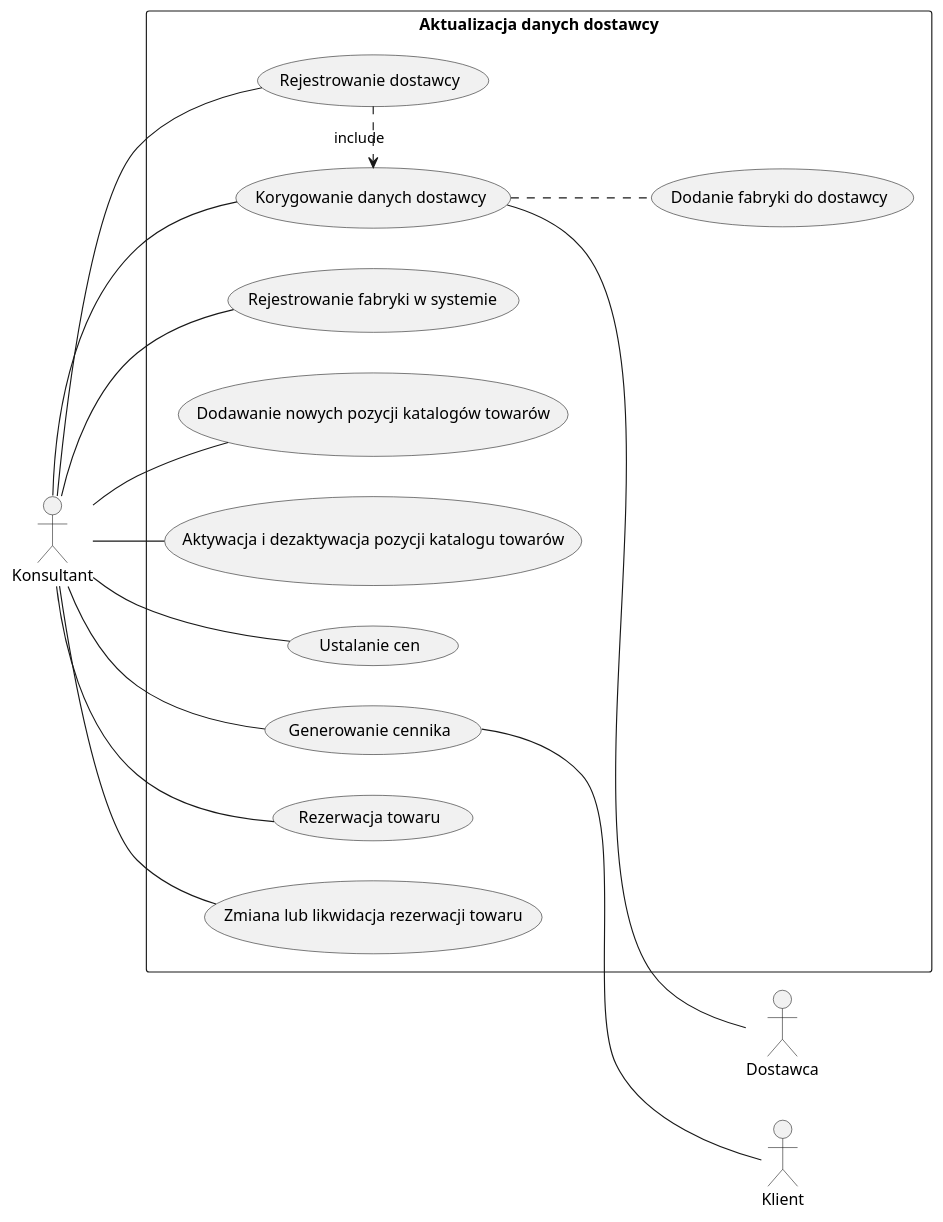
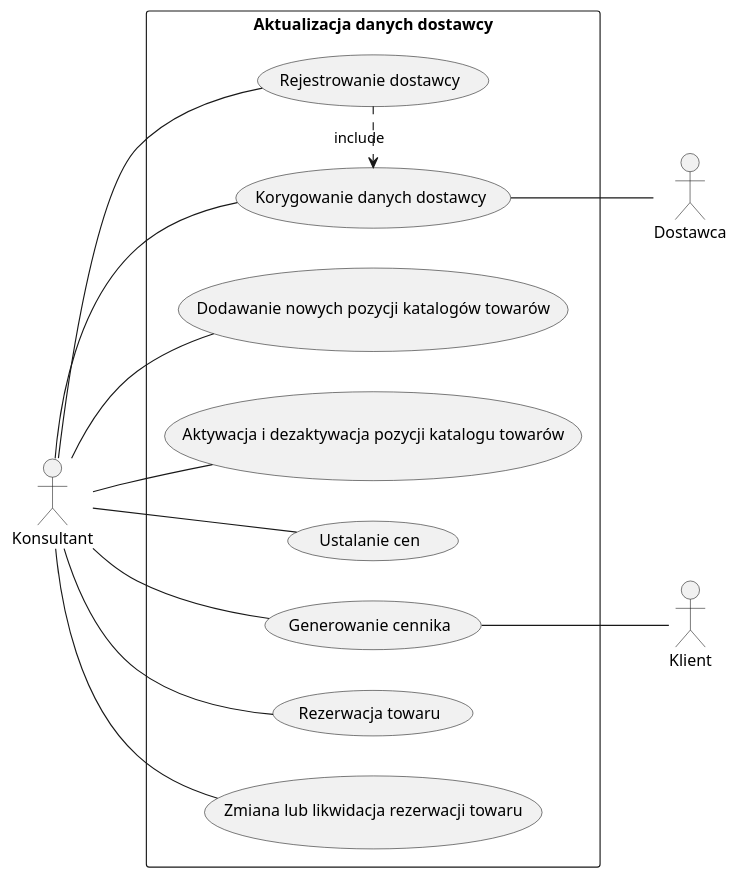
One commit to pixellos/Agh.5.Psi changed the second of 14 diagrams in src/Projekt systemu.md. Above: the diagram before and after it, drawn with PlantUML. The commit also changed other lines of this file, not shown here.

Commit message:
Wypierdoliłem fabryki

````diff
--- a/src/Projekt systemu.md
+++ b/src/Projekt systemu.md
@@ -712,24 +703,22 @@
 ```plantuml 2.4.1
 @startuml
 left to right direction
 skinparam packageStyle rectangle
 actor Konsultant
 actor Dostawca
 actor Klient
 rectangle "Aktualizacja danych dostawcy" {
-    (Korygowanie danych dostawcy) ..  (Dodanie fabryki do dostawcy)
     (Rejestrowanie dostawcy) .> (Korygowanie danych dostawcy) : include
     Konsultant -- (Rejestrowanie dostawcy)
-    Konsultant -- (Rejestrowanie fabryki w systemie)
     Konsultant -- (Korygowanie danych dostawcy)
     (Korygowanie danych dostawcy) -- Dostawca
     (Konsultant) -- (Dodawanie nowych pozycji katalogów towarów)
     (Konsultant) -- (Aktywacja i dezaktywacja pozycji katalogu towarów)
     (Konsultant) -- (Ustalanie cen)
     (Konsultant) -- (Generowanie cennika)
     (Konsultant) -- (Rezerwacja towaru)
     (Konsultant) -- (Zmiana lub likwidacja rezerwacji towaru)
     (Generowanie cennika) -- Klient
 }
 @enduml
 ```
````
